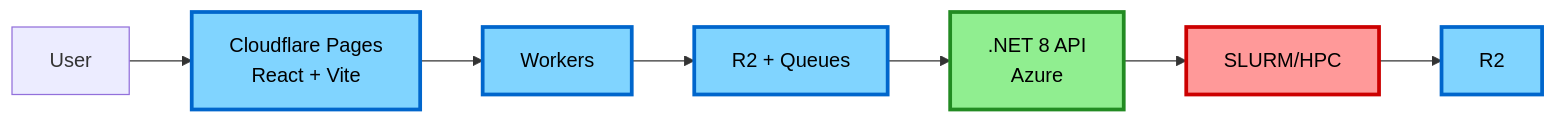
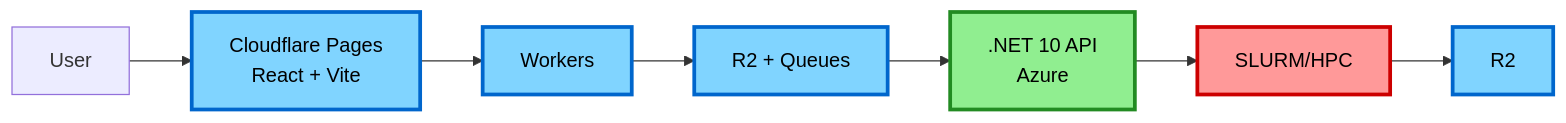
Before and after one commit to ucdavis/accessible-pdf-rocky: the first of 2 diagrams in docs/DEVELOPMENT.md, drawn with Mermaid. The commit also changed other lines of this file and 15 other files, not shown here.

````diff
--- a/docs/DEVELOPMENT.md
+++ b/docs/DEVELOPMENT.md
@@ -9,16 +9,16 @@
 ```mermaid
 flowchart LR
     A[User] --> B[Cloudflare Pages<br/>React + Vite]
     B --> C[Workers]
     C --> D[R2 + Queues]
-    D --> E[.NET 8 API<br/>Azure]
+    D --> E[.NET 10 API<br/>Azure]
     E --> F[SLURM/HPC]
     F --> G[R2]
     
     style B fill:#80d4ff,stroke:#0066cc,stroke-width:3px,color:#000
     style C fill:#80d4ff,stroke:#0066cc,stroke-width:3px,color:#000
     style D fill:#80d4ff,stroke:#0066cc,stroke-width:3px,color:#000
     style E fill:#90ee90,stroke:#228b22,stroke-width:3px,color:#000
     style F fill:#ff9999,stroke:#cc0000,stroke-width:3px,color:#000
     style G fill:#80d4ff,stroke:#0066cc,stroke-width:3px,color:#000
 ```
````
